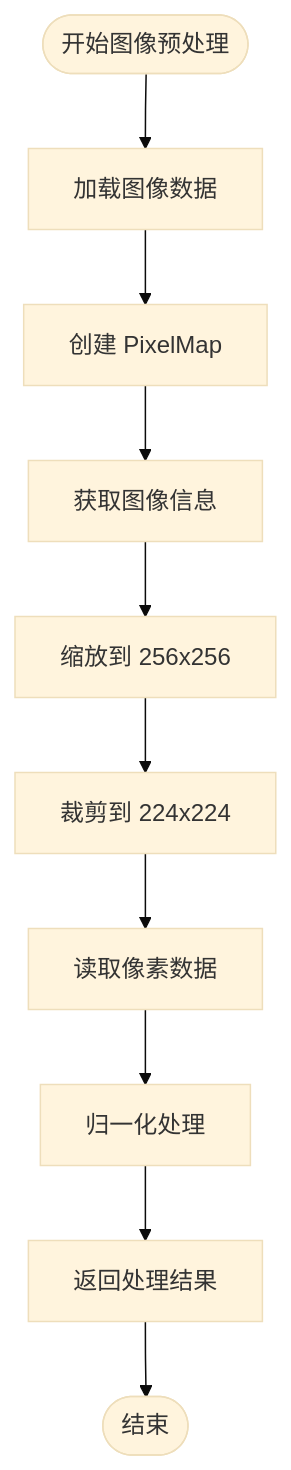
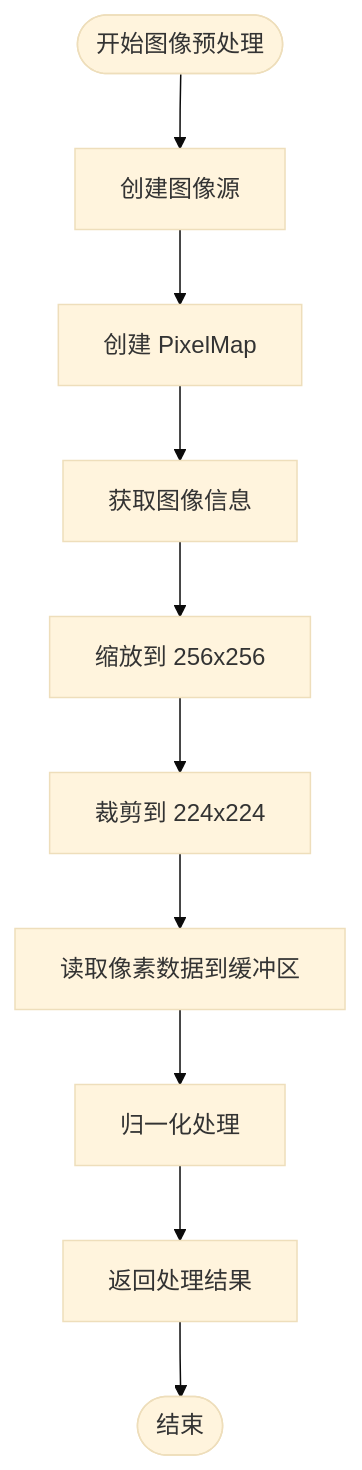
One commit to huo65/OH-Co3 changed the fifth of 9 diagrams in .qoder/repowiki/zh/content/推理核心模块/图像识别模型管理器.md. Above: the diagram before and after it, drawn with Mermaid (base theme). The commit also changed other lines of this file and 15 other files, not shown here.

````diff
--- a/.qoder/repowiki/zh/content/推理核心模块/图像识别模型管理器.md
+++ b/.qoder/repowiki/zh/content/推理核心模块/图像识别模型管理器.md
@@ -213,12 +226,12 @@
 ```mermaid
 flowchart TD
-Start([开始图像预处理]) --> LoadImage[加载图像数据]
-LoadImage --> CreatePixelMap[创建 PixelMap]
+Start([开始图像预处理]) --> CreateImageSource[创建图像源]
+CreateImageSource --> CreatePixelMap[创建 PixelMap]
 CreatePixelMap --> GetImageInfo[获取图像信息]
 GetImageInfo --> ScaleImage[缩放到 256x256]
 ScaleImage --> CropImage[裁剪到 224x224]
-CropImage --> ReadPixels[读取像素数据]
+CropImage --> ReadPixels[读取像素数据到缓冲区]
 ReadPixels --> NormalizeData[归一化处理]
 NormalizeData --> ReturnData[返回处理结果]
 ReturnData --> End([结束])
 ```
````
